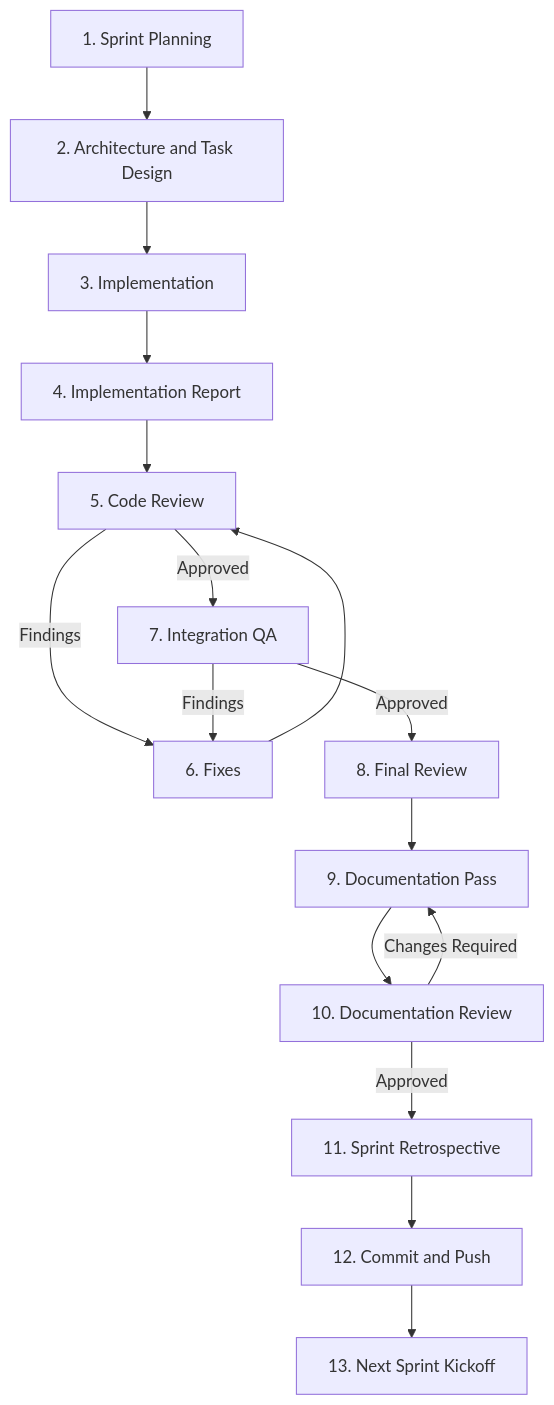
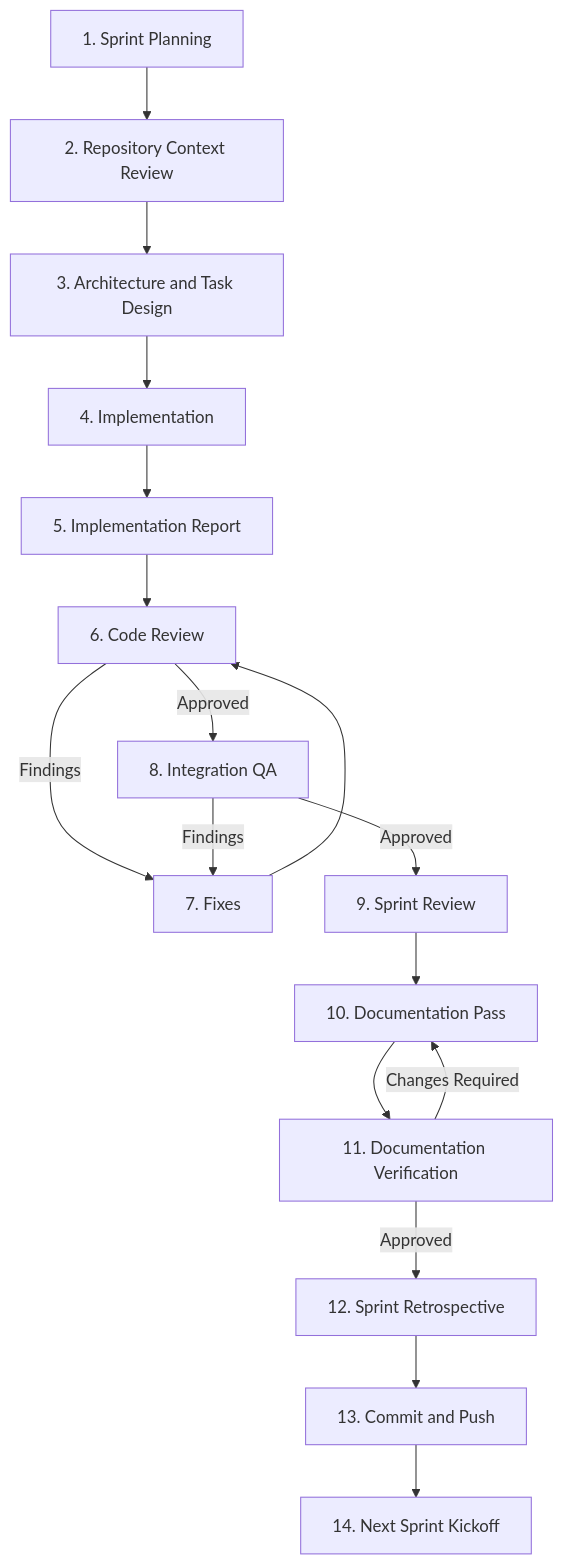
One commit to kodog102/OneulRhythm changed the diagram in Docs/Development/DEVELOPMENT_WORKFLOW.md. Above: the diagram before and after it, drawn with Mermaid. The commit also changed other lines of this file and 8 other files, not shown here.

````diff
--- a/Docs/Development/DEVELOPMENT_WORKFLOW.md
+++ b/Docs/Development/DEVELOPMENT_WORKFLOW.md
@@ -212,18 +326,25 @@
 ```mermaid
 flowchart TD
-    A[1. Sprint Planning] --> B[2. Architecture and Task Design]
-    B --> C[3. Implementation]
-    C --> D[4. Implementation Report]
-    D --> E[5. Code Review]
-    E -->|Findings| F[6. Fixes]
-    F --> E
-    E -->|Approved| G[7. Integration QA]
-    G -->|Findings| F
-    G -->|Approved| H[8. Final Review]
-    H --> I[9. Documentation Pass]
-    I --> J[10. Documentation Review]
-    J -->|Changes Required| I
-    J -->|Approved| K[11. Sprint Retrospective]
-    K --> L[12. Commit and Push]
-    L --> M[13. Next Sprint Kickoff]
+    A[1. Sprint Planning]
+    --> B[2. Repository Context Review]
+    --> C[3. Architecture and Task Design]
+    --> D[4. Implementation]
+    --> E[5. Implementation Report]
+    --> F[6. Code Review]
+
+    F -->|Findings| G[7. Fixes]
+    G --> F
+
+    F -->|Approved| H[8. Integration QA]
+    H -->|Findings| G
+
+    H -->|Approved| I[9. Sprint Review]
+    I --> J[10. Documentation Pass]
+    J --> K[11. Documentation Verification]
+
+    K -->|Changes Required| J
+
+    K -->|Approved| L[12. Sprint Retrospective]
+    L --> M[13. Commit and Push]
+    M --> N[14. Next Sprint Kickoff]
 ```
````
